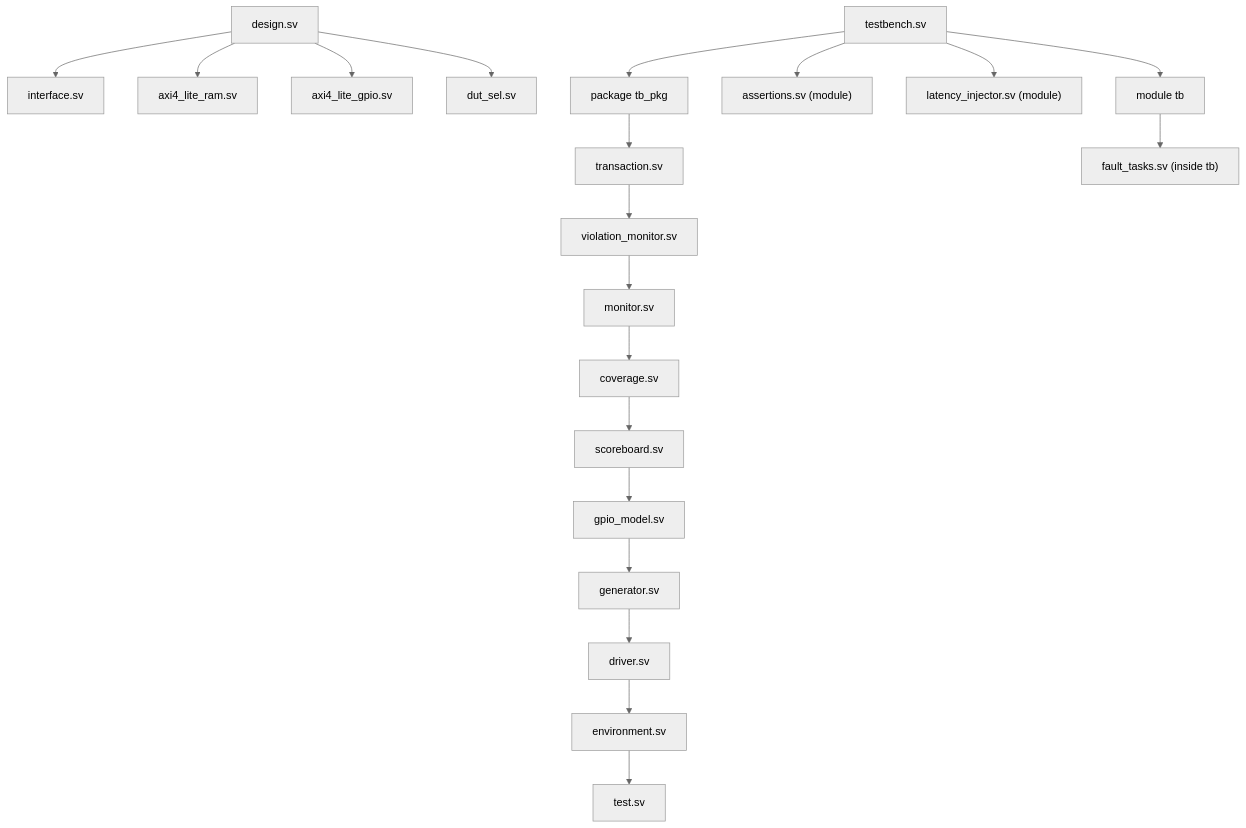
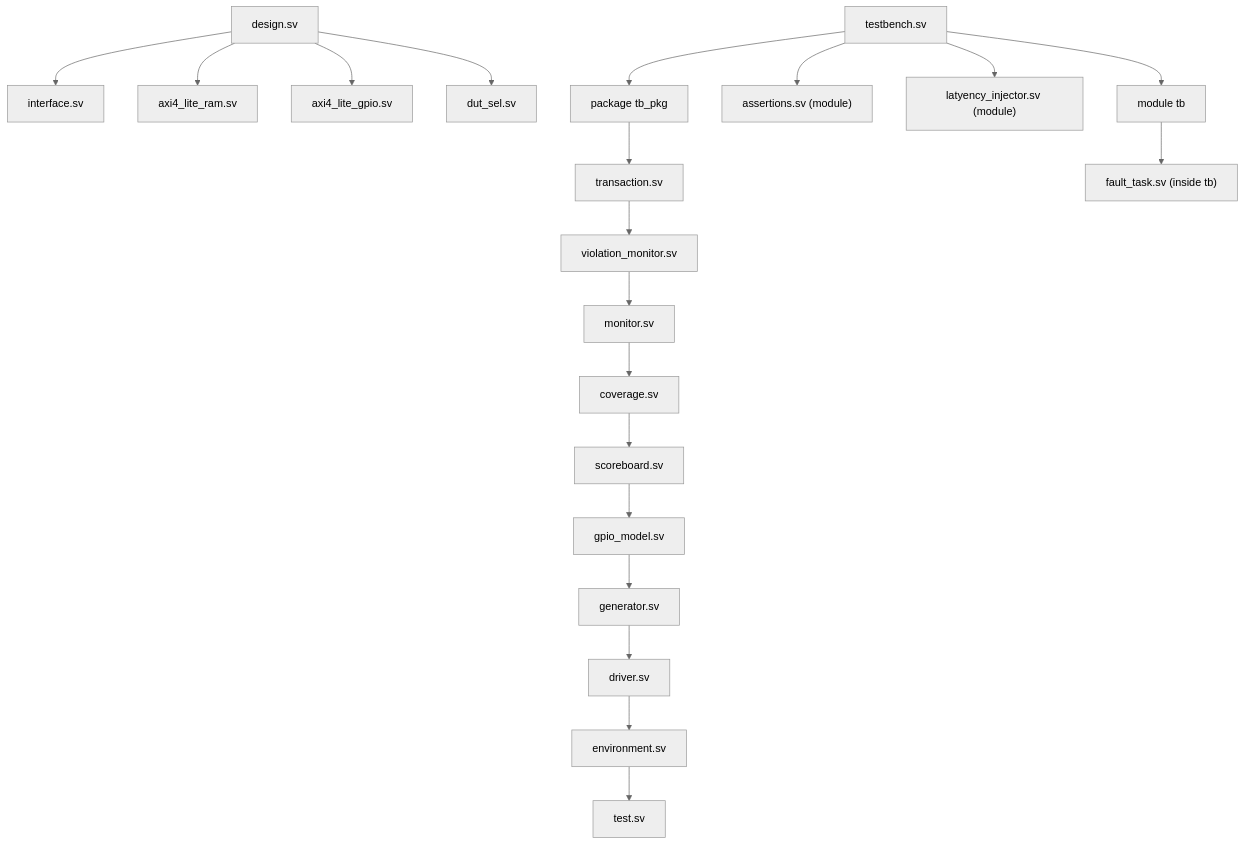
The fifth of 10 diagrams in README.md (shreedharpatil7141/AXI4-Lite-Compliance-Checker), drawn with Mermaid (neutral theme) before and after one commit. The commit also changed other lines of this file and 12 other files, not shown here.

````diff
--- a/README.md
+++ b/README.md
@@ -173,13 +219,13 @@
 ```mermaid
 flowchart TB
     DS["design.sv"] --> IF["interface.sv"]
     DS --> RAM["axi4_lite_ram.sv"]
     DS --> GP["axi4_lite_gpio.sv"]
     DS --> SEL["dut_sel.sv"]
 
     TBS["testbench.sv"] --> PKG["package tb_pkg"]
     PKG --> T1["transaction.sv"] --> T2["violation_monitor.sv"] --> T3["monitor.sv"] --> T4["coverage.sv"] --> T5["scoreboard.sv"] --> T6["gpio_model.sv"] --> T7["generator.sv"] --> T8["driver.sv"] --> T9["environment.sv"] --> T10["test.sv"]
     TBS --> ASR["assertions.sv (module)"]
-    TBS --> SHM["latency_injector.sv (module)"]
-    TBS --> TOP["module tb"] --> FLT["fault_tasks.sv (inside tb)"]
+    TBS --> SHM["latyency_injector.sv (module)"]
+    TBS --> TOP["module tb"] --> FLT["fault_task.sv (inside tb)"]
 ```
````
